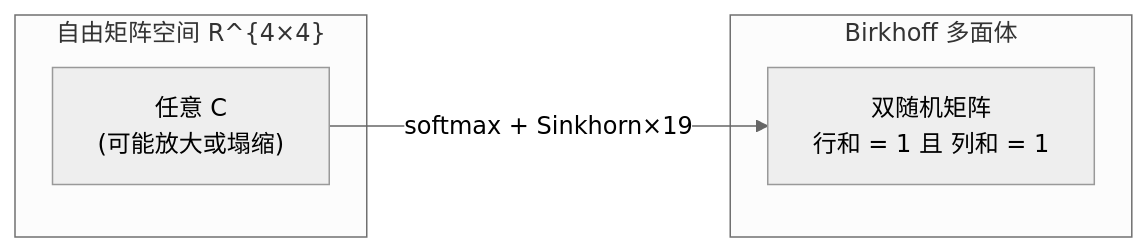
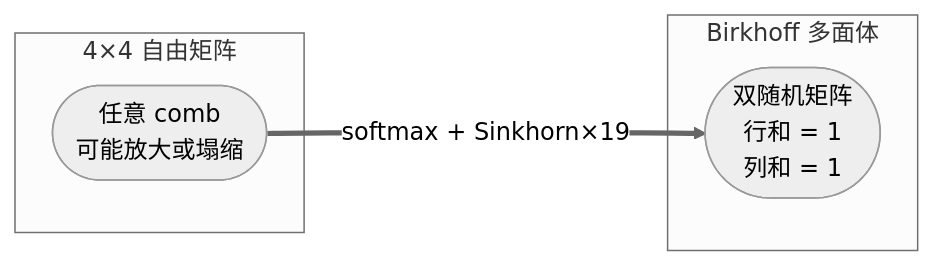
The fourth of 6 diagrams in vllm_ascend/models/deepseek_v4/dsv4_docs/mhc.md (GoCHug/vllm-ascend), drawn with Mermaid (neutral theme) before and after one commit. The commit also changed other lines of this file, not shown here.

````diff
--- a/vllm_ascend/models/deepseek_v4/dsv4_docs/mhc.md
+++ b/vllm_ascend/models/deepseek_v4/dsv4_docs/mhc.md
@@ -246,10 +268,10 @@
 ```mermaid
-graph LR
-    subgraph S["自由矩阵空间 R^{4×4}"]
-        A["任意 C<br/>(可能放大或塌缩)"]
+flowchart LR
+    subgraph S["4×4 自由矩阵"]
+        A(["任意 comb<br/>可能放大或塌缩"])
     end
     subgraph P["Birkhoff 多面体"]
-        B["双随机矩阵<br/>行和 = 1 且 列和 = 1"]
+        B(["双随机矩阵<br/>行和 = 1<br/>列和 = 1"])
     end
-    A -->|"softmax + Sinkhorn×19"| B
+    A ==>|"softmax + Sinkhorn×19"| B
 ```
````
